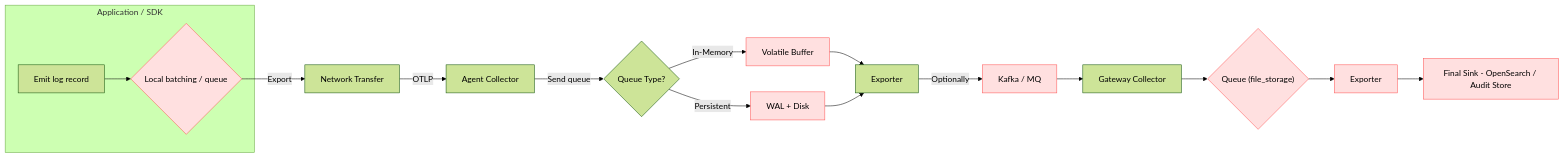
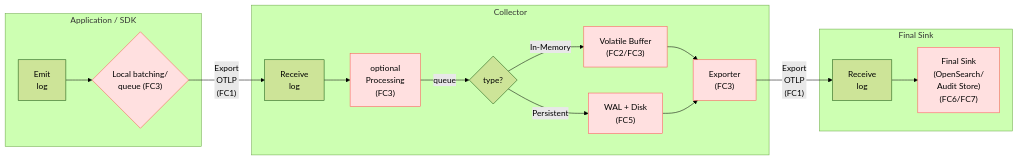
Before and after one commit to apeirora/audit-log-poc-for-otel: the first of 2 diagrams in docs/community-proposal.md, drawn with Mermaid (forest theme).

Commit message:
adjust Delivery Path & Loss Points flowchart

````diff
--- a/docs/community-proposal.md
+++ b/docs/community-proposal.md
@@ -50,30 +50,30 @@
 ```mermaid
 flowchart LR
   subgraph APP[Application / SDK]
-    A[Emit log record]
-    A --> B{Local batching / queue}
+    A[Emit<br/>log]
+    A --> B{"Local batching/<br/>queue (FC3)"}
   end
-  B -->|Export| C[Network Transfer]
-  C -->|OTLP| D[Agent Collector]
-  D -->|Send queue| E{Queue Type?}
-  E -->|In-Memory| F1[Volatile Buffer]
-  E -->|Persistent| F2[WAL + Disk]
-  F1 --> G[Exporter]
-  F2 --> G
-  G -->|Optionally| H[Kafka / MQ]
-  H --> I[Gateway Collector]
-  I --> J{"Queue (file_storage)"}
-  J --> K[Exporter]
-  K --> L[Final Sink - OpenSearch / Audit Store]
+  B -->|"Export<br/>OTLP<br/>(FC1)"| C[Receive<br/>log]
+  subgraph Collector[Collector]
+    C --> D["optional<br/>Processing<br/>(FC3)"]
+    D -->|queue| E{type?}
+    E -->|In-Memory| F1["Volatile Buffer<br/>(FC2/FC3)"]
+    E -->|Persistent| F2["WAL + Disk<br/>(FC5)"]
+    F1 --> G["Exporter<br/>(FC3)"]
+    F2 --> G
+  end
+  G -->|"Export<br/>OTLP<br/>(FC1)"| H[Receive<br/>log]
+  subgraph Sink[Final Sink]
+    H --> I["Final Sink<br/>(OpenSearch/<br/>Audit Store)<br/>(FC6/FC7)"]
+  end
 
   %% Loss points annotations
+  D:::lossPoint
   B:::lossPoint
   F1:::lossPoint
   F2:::lossPoint
-  H:::lossPoint
-  J:::lossPoint
-  K:::lossPoint
-  L:::lossPoint
+  G:::lossPoint
+  I:::lossPoint
 
   classDef lossPoint fill:#ffe0e0,stroke:#ff5555,stroke-width:1px
 ```
````
